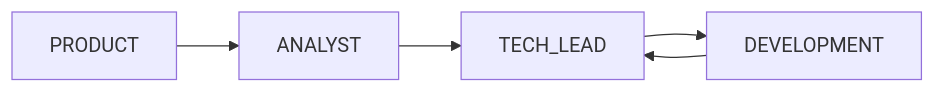
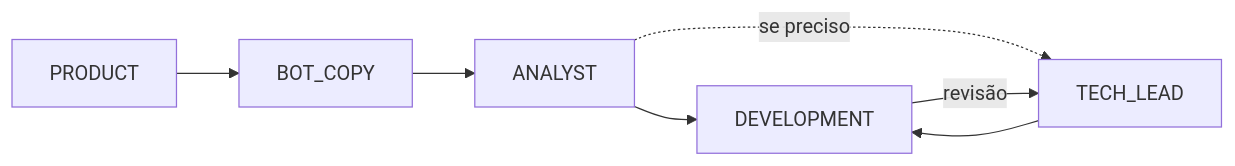
Before and after one commit to NeverDh/ncm-rpg: the diagram in index/AGENTS_ECOSYSTEM.md, drawn with Mermaid. The commit also changed other lines of this file and 55 other files, not shown here.

````diff
--- a/index/AGENTS_ECOSYSTEM.md
+++ b/index/AGENTS_ECOSYSTEM.md
@@ -44,11 +48,9 @@
 ```mermaid
 flowchart LR
-  P[PRODUCT]
-  A[ANALYST]
-  T[TECH_LEAD]
-  D[DEVELOPMENT]
-  P --> A
-  A --> T
+  P[PRODUCT] --> BC[BOT_COPY]
+  BC --> A[ANALYST]
+  A --> D[DEVELOPMENT]
+  A -.->|se preciso| T[TECH_LEAD]
   T --> D
-  D --> T
+  D -->|revisão| T
 ```
````
